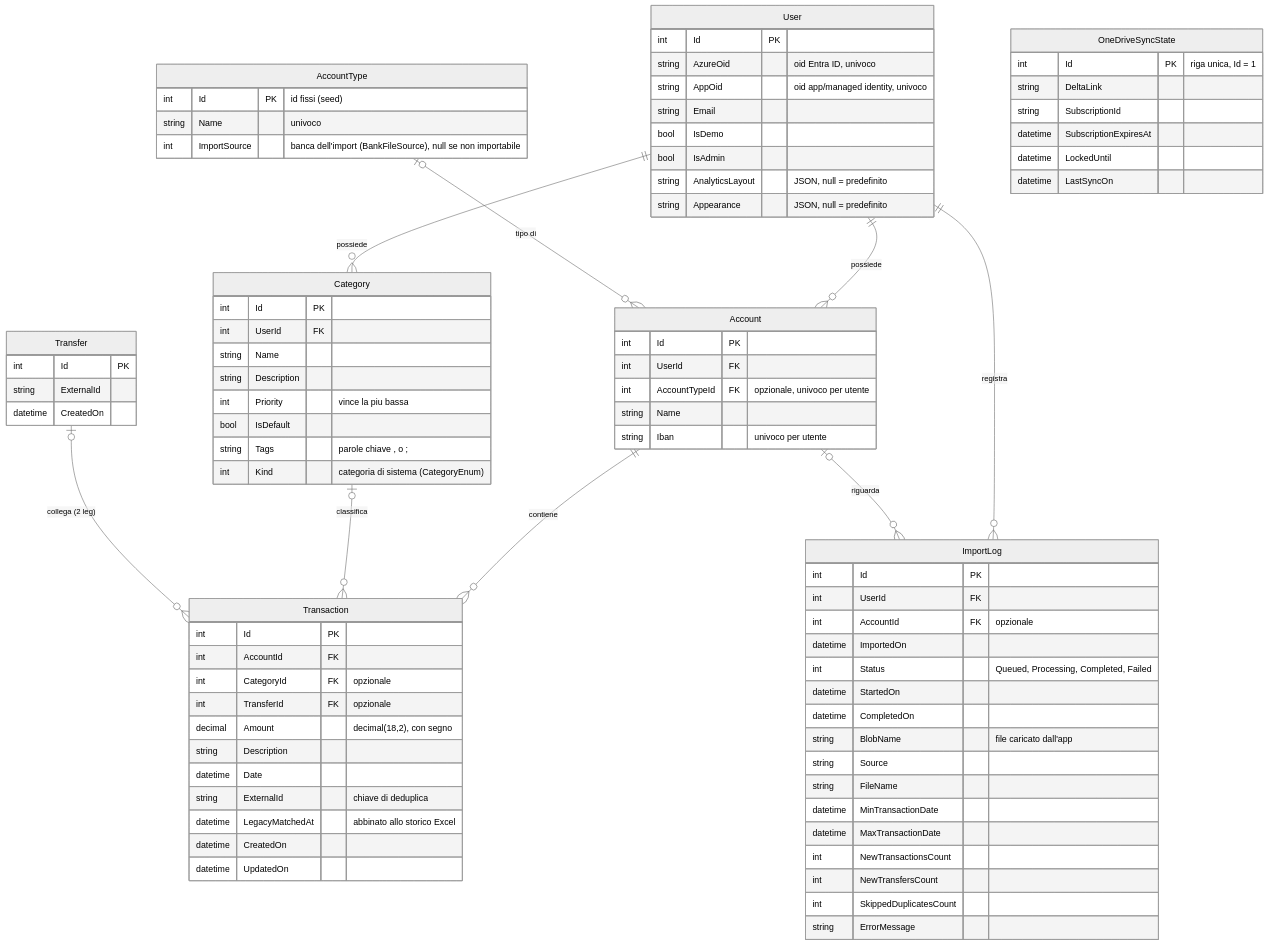
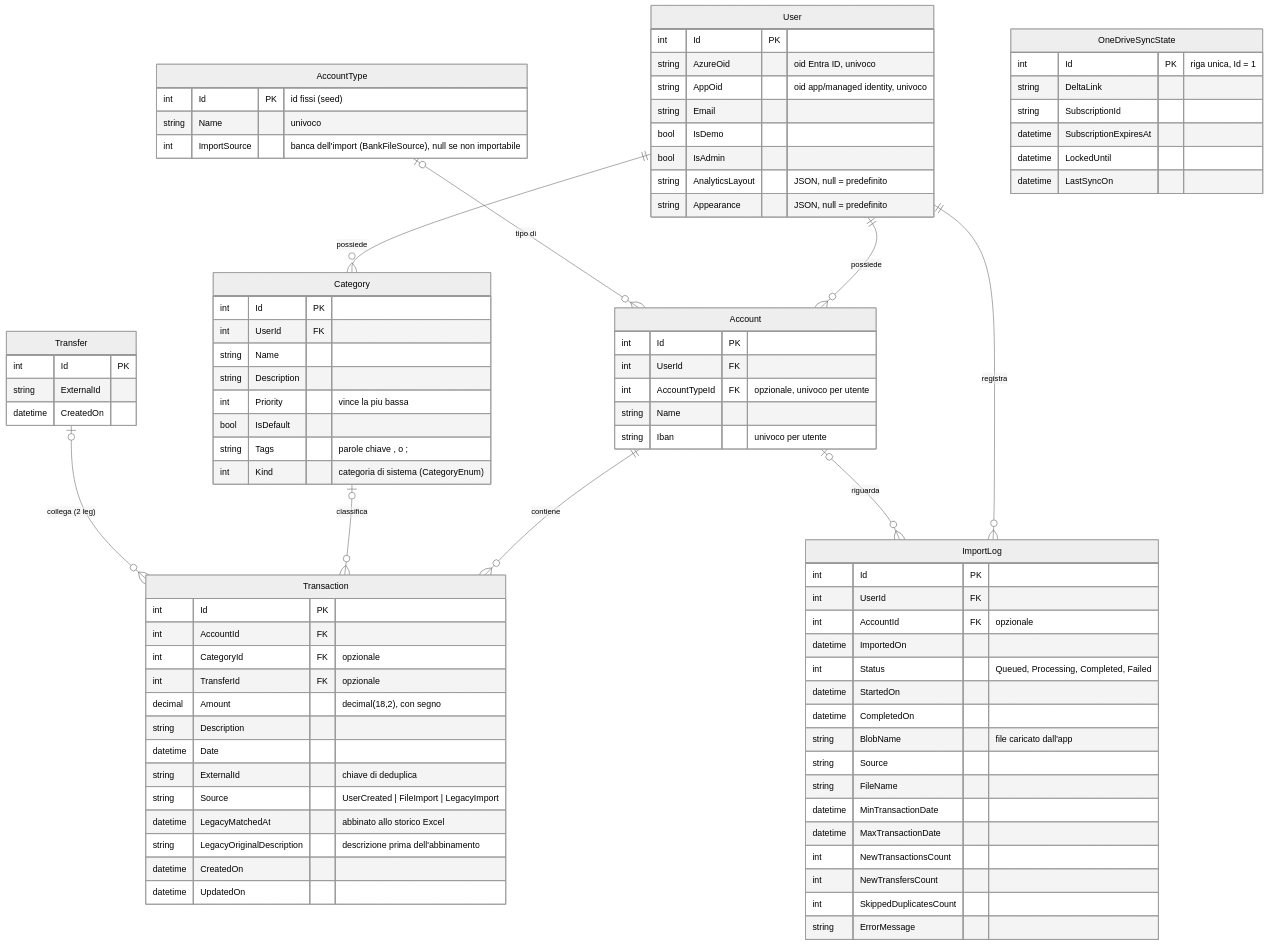
Before and after one commit to roberto-desalvo/ExpenseTracker.App: the diagram in docs/04-dati.md, drawn with Mermaid (neutral theme). The commit also changed other lines of this file and 38 other files, not shown here.

Commit message:
import legacy fix

```diff
--- a/docs/04-dati.md
+++ b/docs/04-dati.md
@@ -56,7 +56,9 @@
         string Description
         datetime Date
         string ExternalId "chiave di deduplica"
+        string Source "UserCreated | FileImport | LegacyImport"
         datetime LegacyMatchedAt "abbinato allo storico Excel"
+        string LegacyOriginalDescription "descrizione prima dell'abbinamento"
         datetime CreatedOn
         datetime UpdatedOn
     }
```
